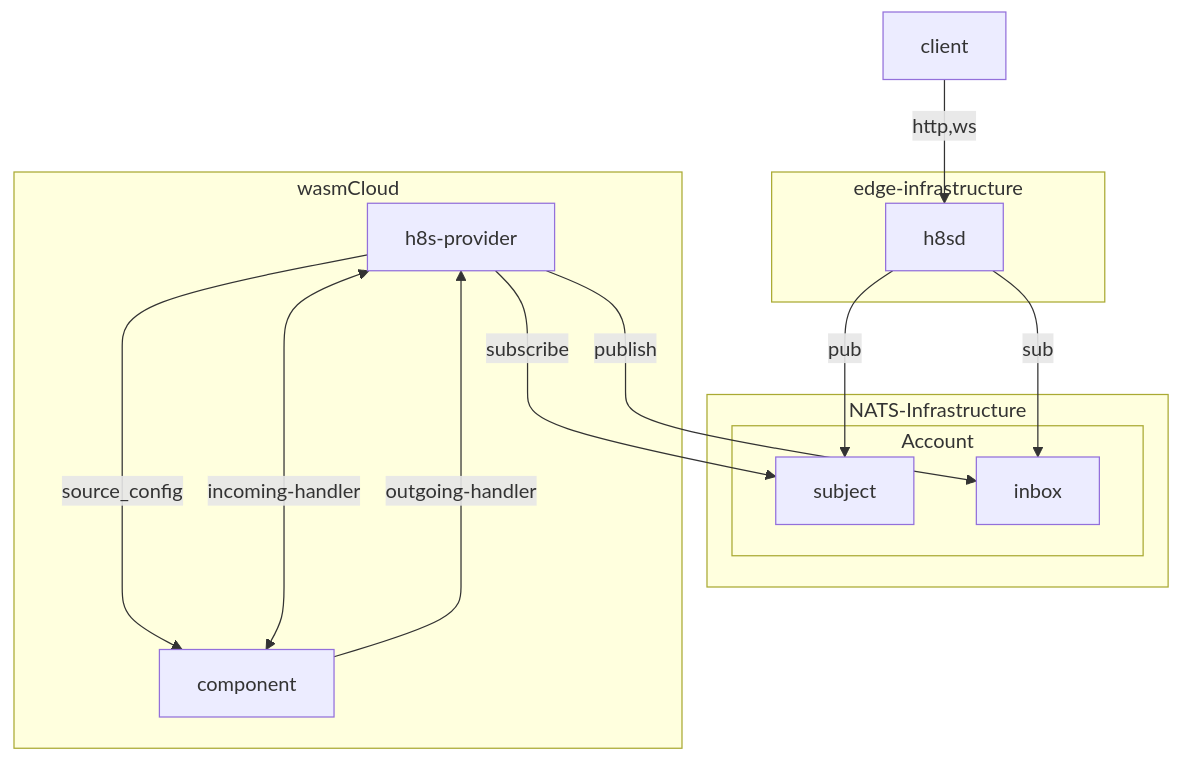
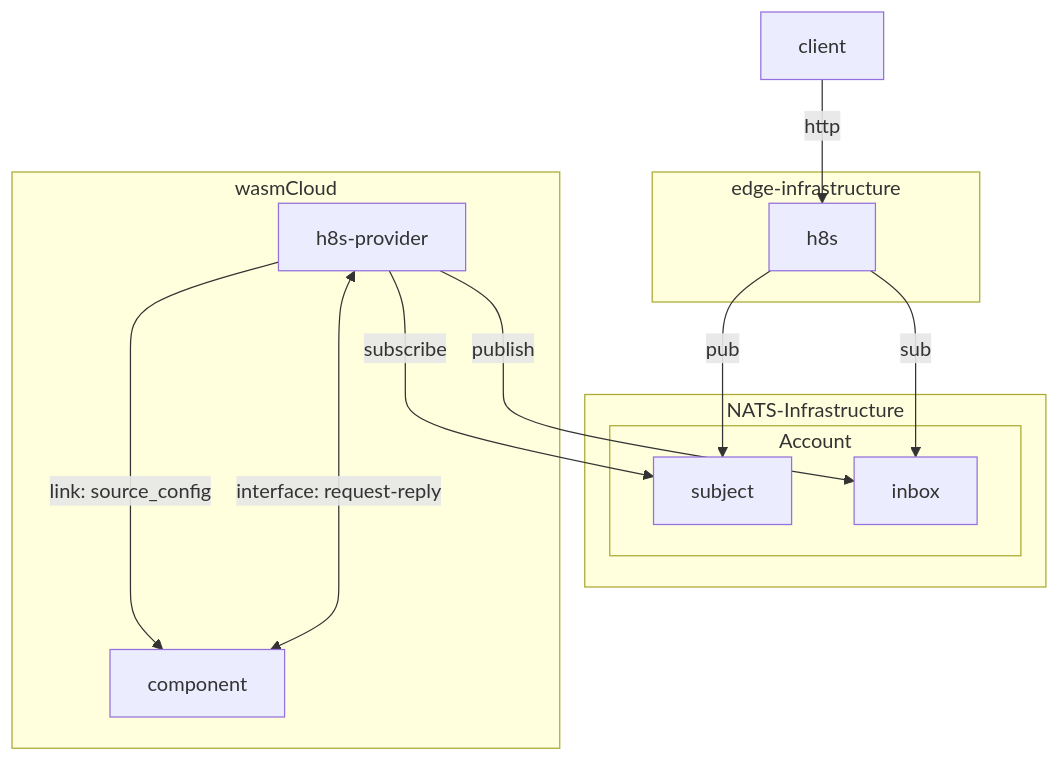
Before and after one commit to Mattilsynet/h8s: the first of 3 diagrams in README.md, drawn with Mermaid. The commit also changed other lines of this file and 1 other file, not shown here.

Commit message:
chore: updated mermaid diagrams

````diff
--- a/README.md
+++ b/README.md
@@ -18,29 +18,28 @@
 ```mermaid +render
 graph TB 
     client
 
     subgraph edge-infrastructure 
-        h8sd
+        h8s
     end
 
     subgraph NATS-Infrastructure
         subgraph Account
             subject
             inbox
         end
     end
 
     subgraph wasmCloud
         h8s-provider
         component
     end
 
-    client --> |http,ws| h8sd
-    h8sd --> |pub| subject 
-    h8sd --> |sub| inbox
+    client --> |http| h8s
+    h8s --> |pub| subject 
+    h8s --> |sub| inbox
     h8s-provider --> |subscribe| subject
     h8s-provider --> |publish| inbox
-    h8s-provider --> |source_config| component 
-    h8s-provider <---> |incoming-handler| component
-    component --> |outgoing-handler | h8s-provider 
+    h8s-provider --> |link: source_config| component 
+    h8s-provider <---> |interface: request-reply| component
 ```
````
